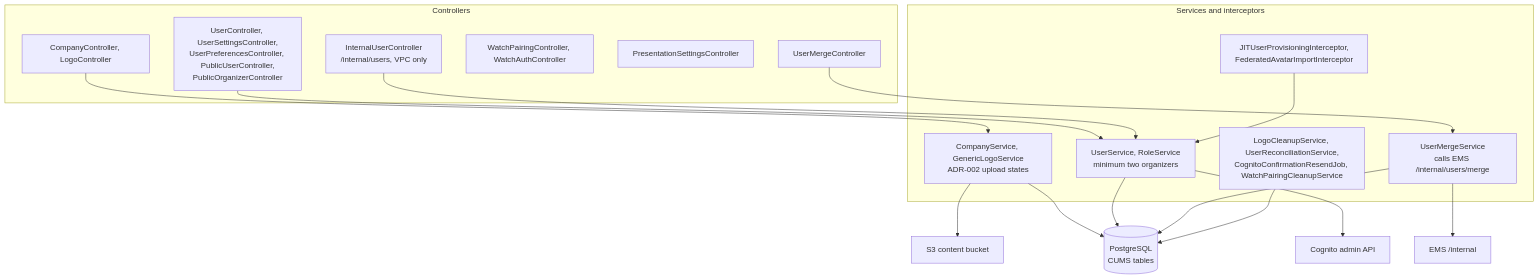
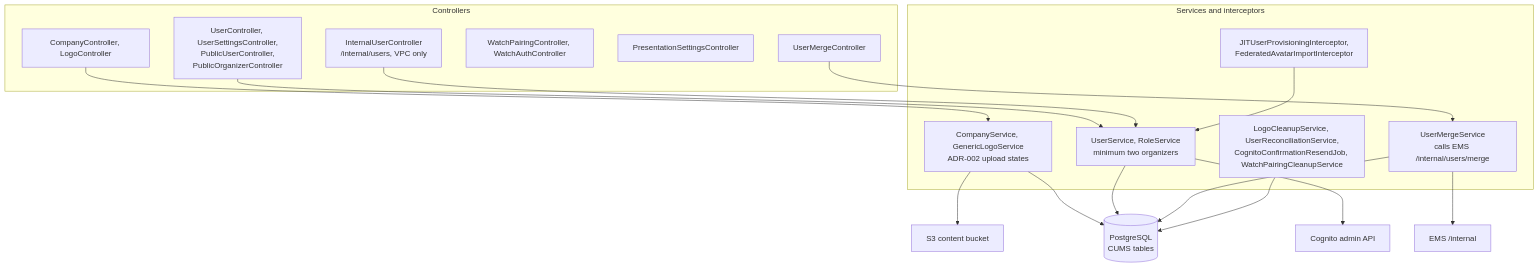
One commit to nissimbuchs/BATbern2 changed the seventh of 8 diagrams in docs/architecture/01-system-overview.md. Above: the diagram before and after it, drawn with Mermaid. The commit also changed other lines of this file and 421 other files, not shown here.

````diff
--- a/docs/architecture/01-system-overview.md
+++ b/docs/architecture/01-system-overview.md
@@ -398,31 +398,31 @@
 ```mermaid
 flowchart TB
     subgraph api["Controllers"]
         A1["CompanyController, LogoController"]
-        A2["UserController, UserSettingsController,<br/>UserPreferencesController, PublicUserController,<br/>PublicOrganizerController"]
+        A2["UserController, UserSettingsController,<br/>PublicUserController,<br/>PublicOrganizerController"]
         A3["UserMergeController"]
         A4["WatchPairingController, WatchAuthController"]
         A5["PresentationSettingsController"]
         A6["InternalUserController<br/>/internal/users, VPC only"]
     end
     subgraph core["Services and interceptors"]
         B1["CompanyService, GenericLogoService<br/>ADR-002 upload states"]
         B2["UserService, RoleService<br/>minimum two organizers"]
         B3["JITUserProvisioningInterceptor,<br/>FederatedAvatarImportInterceptor"]
         B4["UserMergeService<br/>calls EMS /internal/users/merge"]
         B5["LogoCleanupService, UserReconciliationService,<br/>CognitoConfirmationResendJob, WatchPairingCleanupService"]
     end
     DB[("PostgreSQL<br/>CUMS tables")]
     COGX["Cognito admin API"]
     S3X["S3 content bucket"]
     EMSX["EMS /internal"]
     A1 --> B1
     A2 --> B2
     A3 --> B4
     A6 --> B2
     B3 --> B2
     B1 --> S3X
     B2 --> COGX
     B4 --> EMSX
     B1 & B2 & B4 & B5 --> DB
 ```
````
